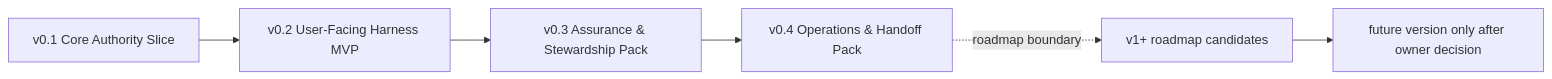
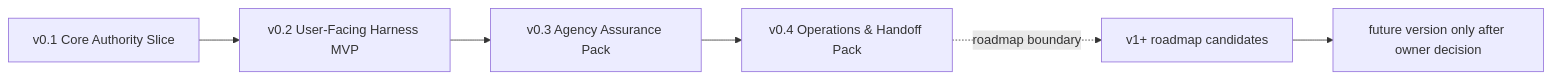
One commit to minjungw00/Harness_Project changed the first of 4 diagrams in docs/en/roadmap.md. Above: the diagram before and after it, drawn with Mermaid. The commit also changed other lines of this file and 47 other files, not shown here.

````diff
--- a/docs/en/roadmap.md
+++ b/docs/en/roadmap.md
@@ -31,8 +31,8 @@
 ```mermaid
 flowchart LR
   Kernel["v0.1 Core Authority Slice"] --> MVP["v0.2 User-Facing Harness MVP"]
-  MVP --> Agency["v0.3 Assurance & Stewardship Pack"]
+  MVP --> Agency["v0.3 Agency Assurance Pack"]
   Agency --> Ops["v0.4 Operations & Handoff Pack"]
   Ops -. roadmap boundary .-> Later["v1+ roadmap candidates"]
   Later --> Promote["future version only after owner decision"]
 ```
````
